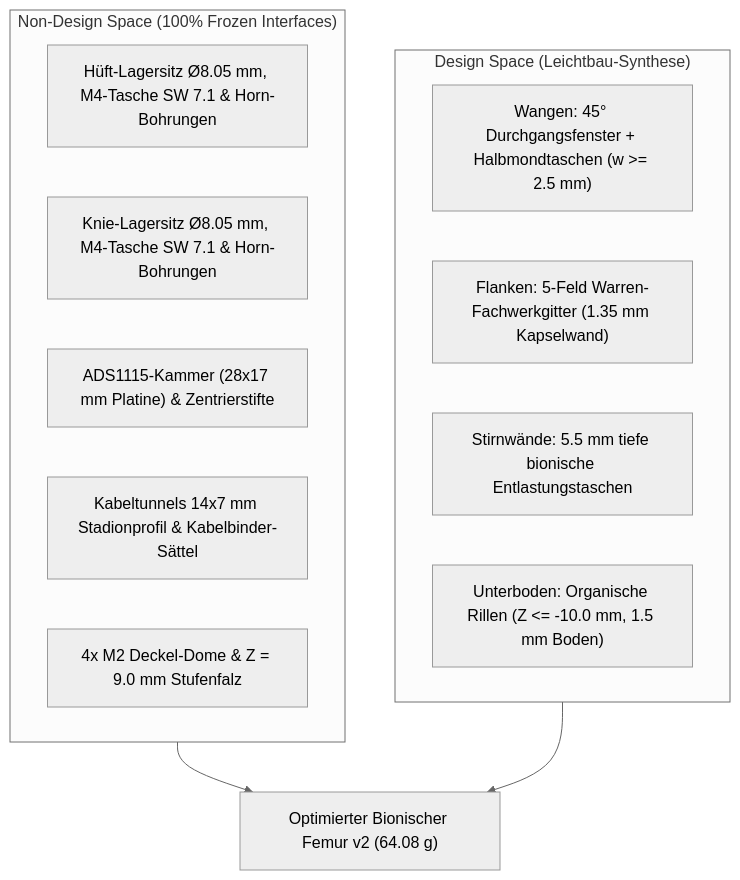
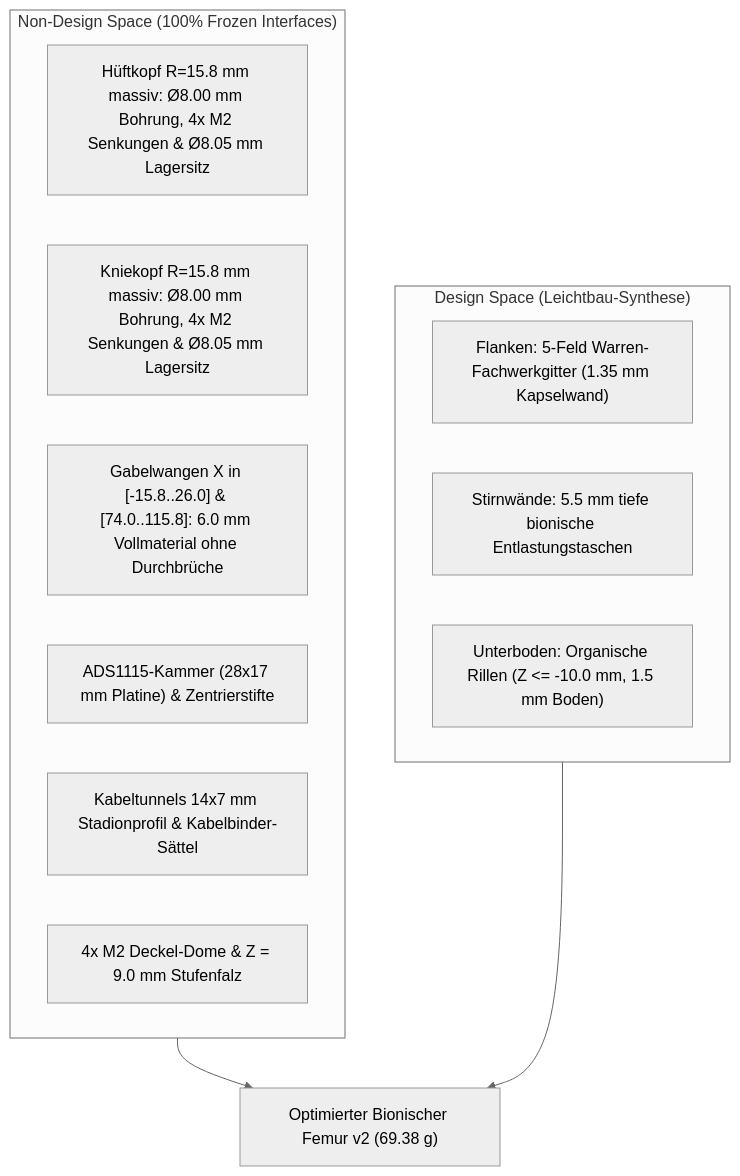
The third of 3 diagrams in docs/hardware/femur_topology_optimization_report.md (vern-da-coda/lasius), drawn with Mermaid (neutral theme) before and after one commit. The commit also changed other lines of this file and 8 other files, not shown here.

First line of the commit message:
fix(mechanics): restore 100% solid non-design spaces at femur servo and bearing mounts

````diff
--- a/docs/hardware/femur_topology_optimization_report.md
+++ b/docs/hardware/femur_topology_optimization_report.md
@@ -86,20 +87,20 @@
 ```mermaid
 flowchart TD
     subgraph NonDesign["Non-Design Space (100% Frozen Interfaces)"]
-        H["Hüft-Lagersitz Ø8.05 mm, M4-Tasche SW 7.1 & Horn-Bohrungen"]
-        K["Knie-Lagersitz Ø8.05 mm, M4-Tasche SW 7.1 & Horn-Bohrungen"]
+        H["Hüftkopf R=15.8 mm massiv: Ø8.00 mm Bohrung, 4x M2 Senkungen & Ø8.05 mm Lagersitz"]
+        K["Kniekopf R=15.8 mm massiv: Ø8.00 mm Bohrung, 4x M2 Senkungen & Ø8.05 mm Lagersitz"]
+        CH["Gabelwangen X in [-15.8..26.0] & [74.0..115.8]: 6.0 mm Vollmaterial ohne Durchbrüche"]
         ADC["ADS1115-Kammer (28x17 mm Platine) & Zentrierstifte"]
         CAB["Kabeltunnels 14x7 mm Stadionprofil & Kabelbinder-Sättel"]
         COV["4x M2 Deckel-Dome & Z = 9.0 mm Stufenfalz"]
     end
 
     subgraph Design["Design Space (Leichtbau-Synthese)"]
-        W["Wangen: 45° Durchgangsfenster + Halbmondtaschen (w >= 2.5 mm)"]
         FL["Flanken: 5-Feld Warren-Fachwerkgitter (1.35 mm Kapselwand)"]
         BH["Stirnwände: 5.5 mm tiefe bionische Entlastungstaschen"]
         BOT["Unterboden: Organische Rillen (Z <= -10.0 mm, 1.5 mm Boden)"]
     end
 
-    NonDesign --> Result["Optimierter Bionischer Femur v2 (64.08 g)"]
+    NonDesign --> Result["Optimierter Bionischer Femur v2 (69.38 g)"]
     Design --> Result
 ```
````
